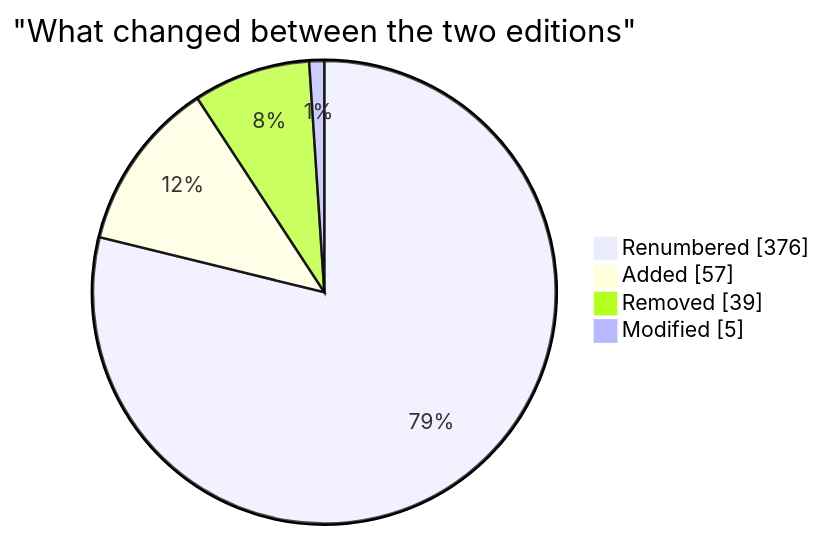
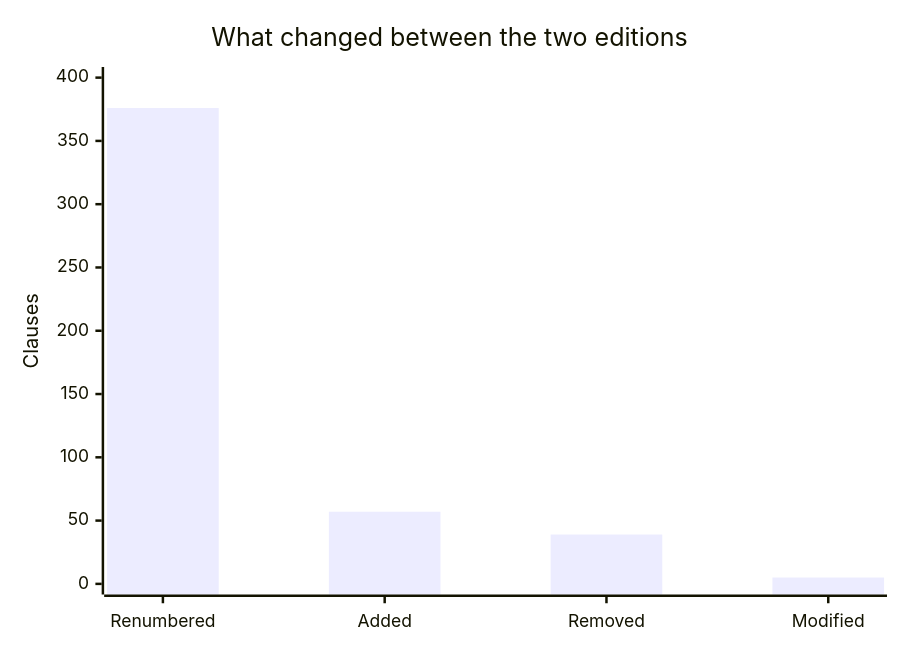
One commit to yerramsettysuchita/sanhita changed diagram 11 of 12 in README.md. Above: the diagram before and after it, drawn with Mermaid. The commit also changed other lines of this file and 42 other files, not shown here.

````diff
--- a/README.md
+++ b/README.md
@@ -649,8 +796,7 @@
 ```mermaid
-pie showData
+xychart-beta
     title "What changed between the two editions"
-    "Renumbered" : 376
-    "Added" : 57
-    "Removed" : 39
-    "Modified" : 5
+    x-axis ["Renumbered", "Added", "Removed", "Modified"]
+    y-axis "Clauses" 0 --> 400
+    bar [376, 57, 39, 5]
 ```
````
